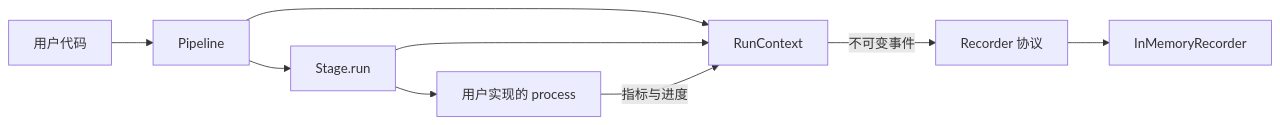
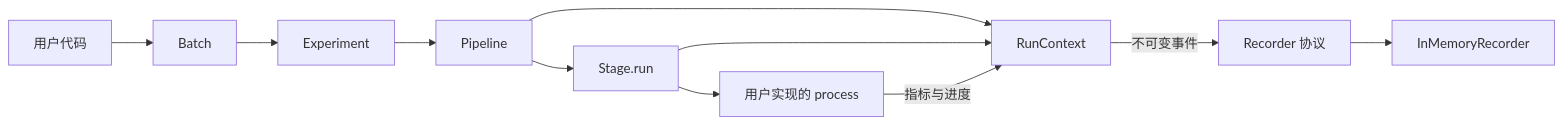
The diagram in DESIGN.md (xuEZer/expman), drawn with Mermaid before and after one commit. The commit also changed other lines of this file and 18 other files, not shown here.

````diff
--- a/DESIGN.md
+++ b/DESIGN.md
@@ -23,11 +23,13 @@
 ```mermaid
 flowchart LR
-    U[用户代码] --> P[Pipeline]
+    U[用户代码] --> BATCH[Batch]
+    BATCH --> E[Experiment]
+    E --> P[Pipeline]
     P --> S[Stage.run]
     S --> B[用户实现的 process]
     P --> C[RunContext]
     S --> C
     B -->|指标与进度| C
     C -->|不可变事件| R[Recorder 协议]
     R --> M[InMemoryRecorder]
 ```
````
